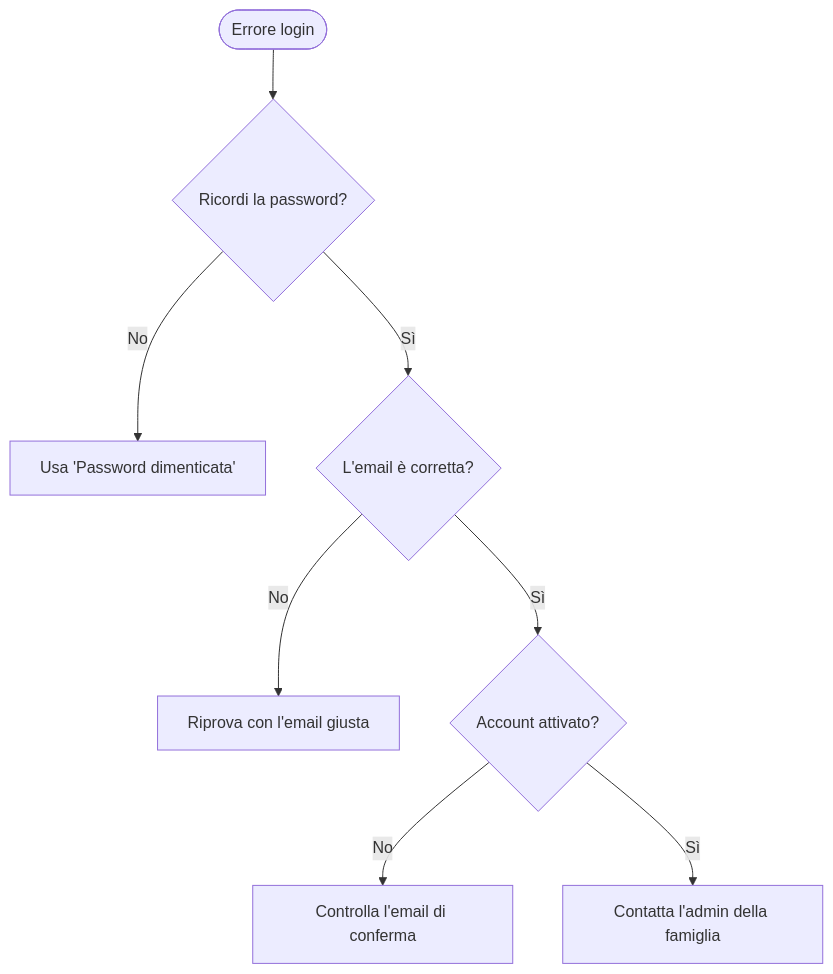
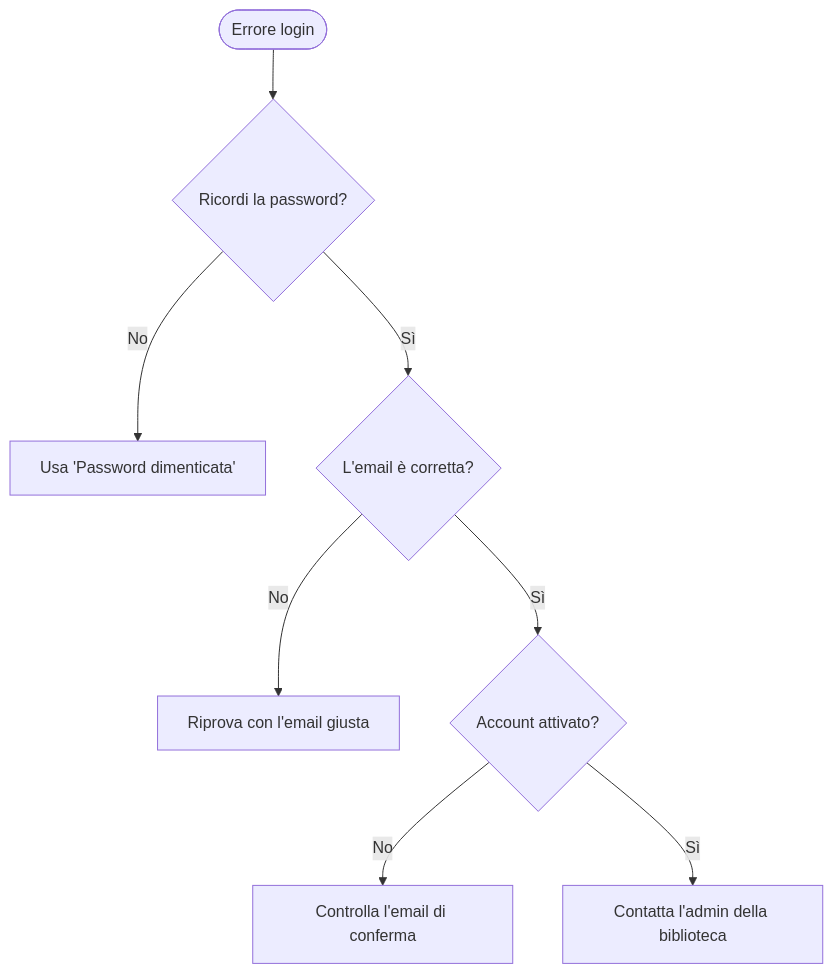
Before and after one commit to jinbocho/jinbocho.github.io: the diagram in docs_it/user/14-troubleshooting.md, drawn with Mermaid. The commit also changed 70 other files, not shown here.

````diff
--- a/docs_it/user/14-troubleshooting.md
+++ b/docs_it/user/14-troubleshooting.md
@@ -11,10 +11,10 @@
 ```mermaid
 flowchart TD
     A([Errore login]) --> B{Ricordi la password?}
     B -- No --> C[Usa 'Password dimenticata']
     B -- Sì --> D{L'email è corretta?}
     D -- No --> E[Riprova con l'email giusta]
     D -- Sì --> F{Account attivato?}
     F -- No --> G[Controlla l'email di conferma]
-    F -- Sì --> H[Contatta l'admin della famiglia]
+    F -- Sì --> H[Contatta l'admin della biblioteca]
 ```
````
